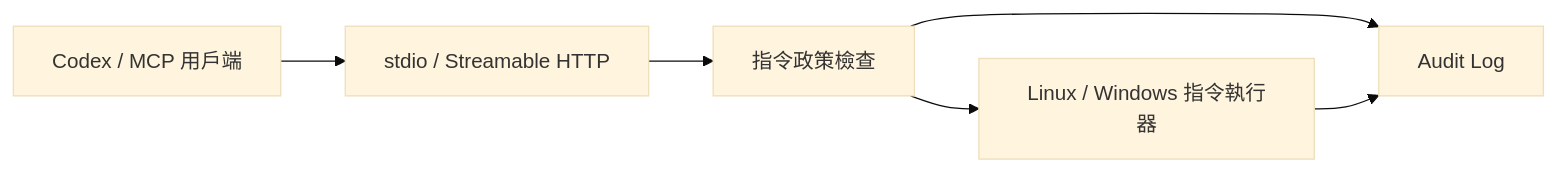
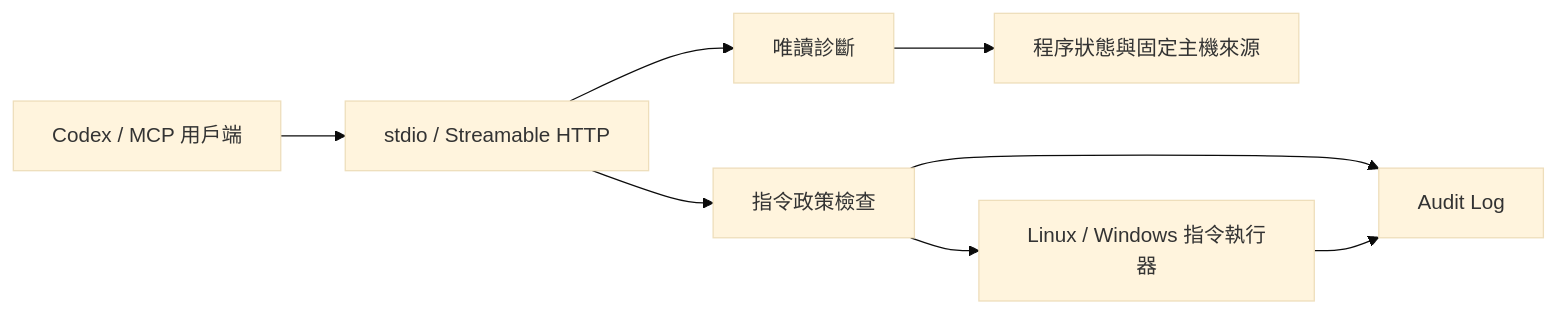
One commit to HsinPu/command-bridge-mcp-server changed the diagram in README.zh-TW.md. Above: the diagram before and after it, drawn with Mermaid (base theme). The commit also changed other lines of this file and 35 other files, not shown here.

````diff
--- a/README.zh-TW.md
+++ b/README.zh-TW.md
@@ -39,8 +39,10 @@
 ```mermaid
 flowchart LR
     Client["Codex / MCP 用戶端"] --> Transport["stdio / Streamable HTTP"]
+    Transport --> Diagnostics["唯讀診斷"]
+    Diagnostics --> State["程序狀態與固定主機來源"]
     Transport --> Policy["指令政策檢查"]
     Policy --> Executor["Linux / Windows 指令執行器"]
     Policy --> Audit["Audit Log"]
     Executor --> Audit
 ```
````
